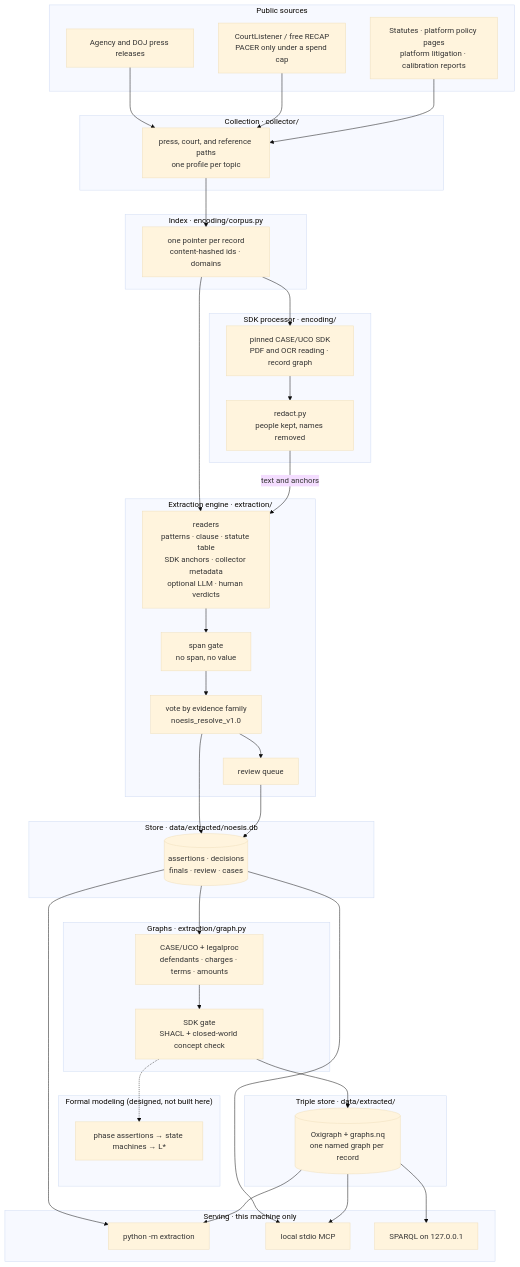
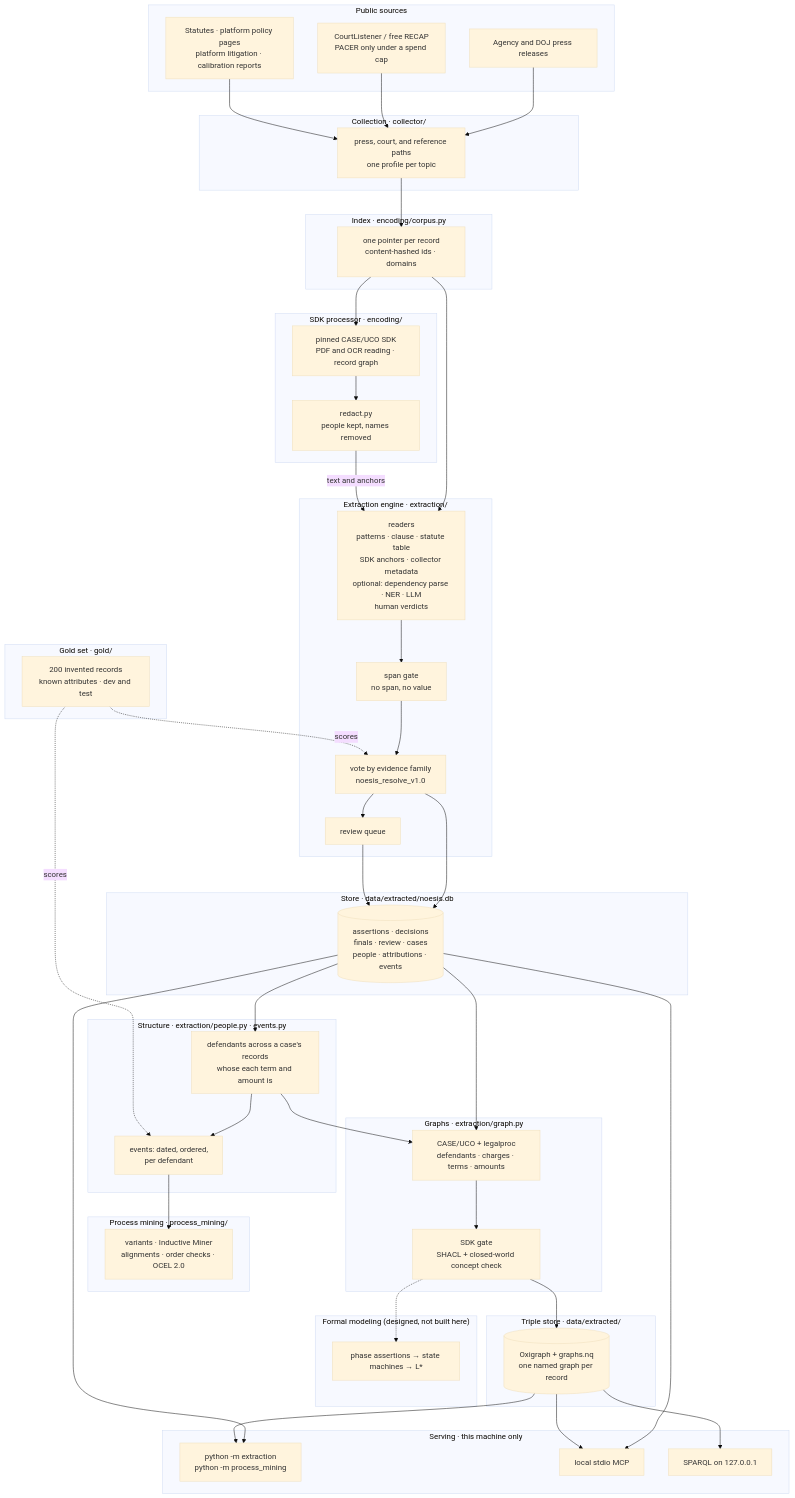
The first of 2 diagrams in Architecture design.md (mrinaalr/CaseNoesis), drawn with Mermaid (base theme) before and after one commit. The commit also changed other lines of this file and 1 other file, not shown here.

First line of the commit message:
architecture doc and README: people, events, process mining, the gold set, and corpus numbers for engine 1.1.0

```diff
--- a/Architecture design.md
+++ b/Architecture design.md
@@ -65,14 +69,27 @@
   end
 
   subgraph ENG["Extraction engine · extraction/"]
-    R["readers<br/>patterns · clause · statute table<br/>SDK anchors · collector metadata<br/>optional LLM · human verdicts"]
+    R["readers<br/>patterns · clause · statute table<br/>SDK anchors · collector metadata<br/>optional: dependency parse · NER · LLM<br/>human verdicts"]
     G["span gate<br/>no span, no value"]
     V["vote by evidence family<br/>noesis_resolve_v1.0"]
     Q["review queue"]
   end
 
   subgraph ST["Store · data/extracted/noesis.db"]
-    DB[("assertions · decisions<br/>finals · review · cases")]
+    DB[("assertions · decisions<br/>finals · review · cases<br/>people · attributions · events")]
+  end
+
+  subgraph STR["Structure · extraction/people.py · events.py"]
+    PE["defendants across a case's records<br/>whose each term and amount is"]
+    EV["events: dated, ordered,<br/>per defendant"]
+  end
+
+  subgraph PM["Process mining · process_mining/"]
+    PM1["variants · Inductive Miner<br/>alignments · order checks · OCEL 2.0"]
+  end
+
+  subgraph GOLD["Gold set · gold/"]
+    GS["200 invented records<br/>known attributes · dev and test"]
   end
 
   subgraph KG["Graphs · extraction/graph.py"]
@@ -89,7 +106,7 @@
   end
 
   subgraph SERVE["Serving · this machine only"]
-    CLI["python -m extraction"]
+    CLI["python -m extraction<br/>python -m process_mining"]
     MCP["local stdio MCP"]
     HTTP["SPARQL on 127.0.0.1"]
   end
@@ -104,6 +121,10 @@
   V --> DB
   V --> Q --> DB
   DB --> KG1 --> GATE
+  DB --> PE --> EV --> PM1
+  PE --> KG1
+  GS -.->|"scores"| V
+  GS -.->|"scores"| EV
   GATE --> OX
   DB --> CLI
   DB --> MCP
```
